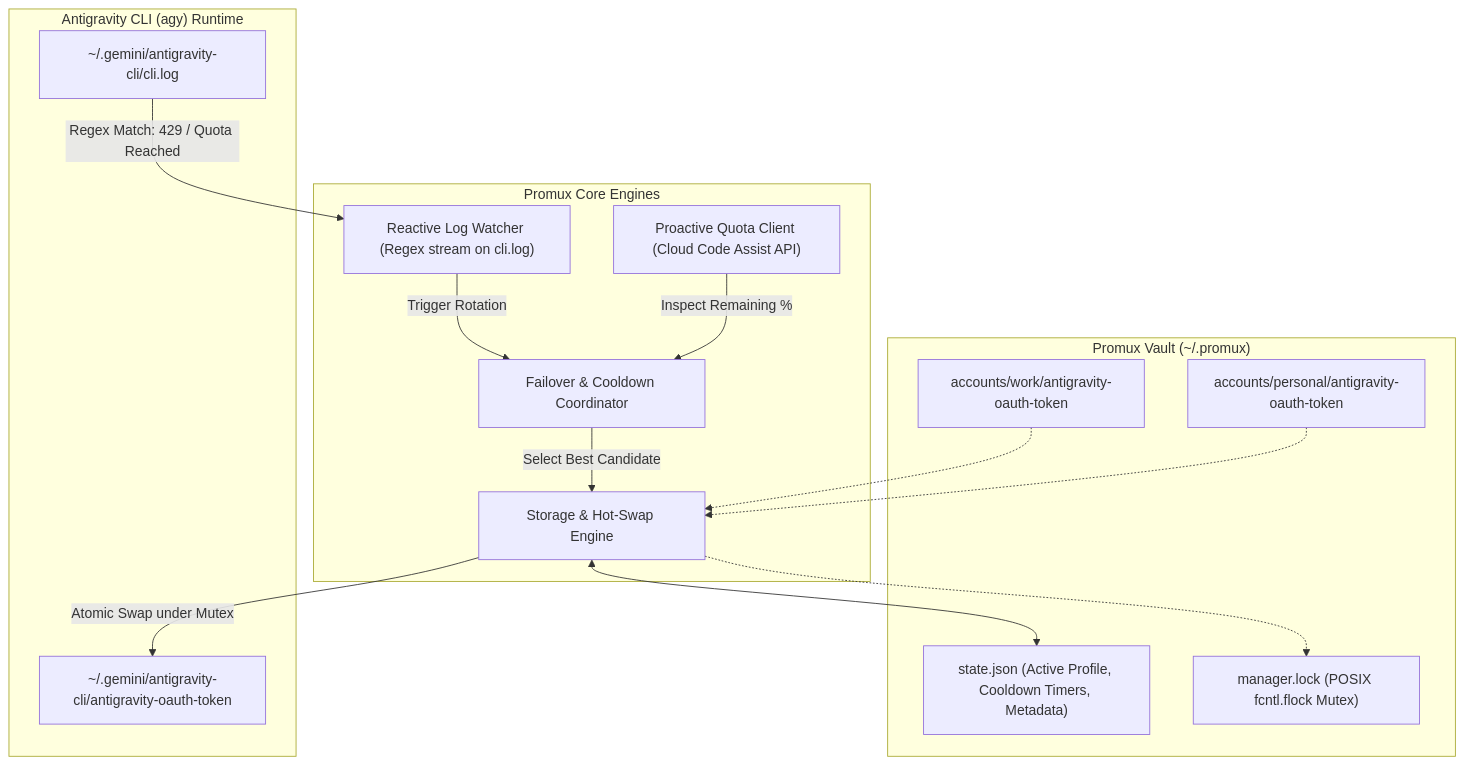
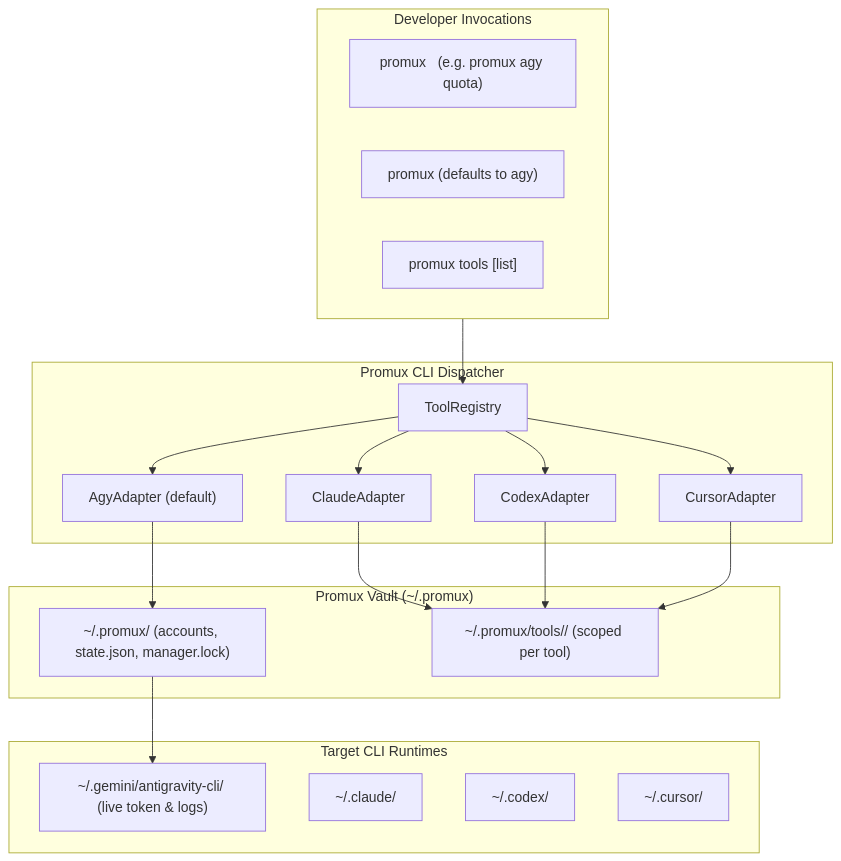
The first of 2 diagrams in SPEC.md (alirezaopmc/promux), drawn with Mermaid before and after one commit. The commit also changed other lines of this file and 4 other files, not shown here.

Commit message:
docs: document multi-tool CLI support and new quota reset format

````diff
--- a/SPEC.md
+++ b/SPEC.md
@@ -26,31 +34,41 @@
 ```mermaid
 flowchart TD
-    subgraph AntigravityCLI["Antigravity CLI (agy) Runtime"]
-        LiveToken["~/.gemini/antigravity-cli/antigravity-oauth-token"]
-        LiveLogs["~/.gemini/antigravity-cli/cli.log"]
+    subgraph ClientInvocation["Developer Invocations"]
+        ToolFirst["promux <tool> <command> (e.g. promux agy quota)"]
+        TopLevel["promux <command> (defaults to agy)"]
+        ToolsCmd["promux tools [list]"]
+    end
+
+    subgraph PromuxDispatcher["Promux CLI Dispatcher"]
+        Registry["ToolRegistry"]
+        AgyAdapter["AgyAdapter (default)"]
+        ClaudeAdapter["ClaudeAdapter"]
+        CodexAdapter["CodexAdapter"]
+        CursorAdapter["CursorAdapter"]
     end
 
     subgraph PromuxStorage["Promux Vault (~/.promux)"]
-        StateJSON["state.json (Active Profile, Cooldown Timers, Metadata)"]
-        LockFile["manager.lock (POSIX fcntl.flock Mutex)"]
-        Acc1["accounts/work/antigravity-oauth-token"]
-        Acc2["accounts/personal/antigravity-oauth-token"]
+        AgyVault["~/.promux/ (accounts, state.json, manager.lock)"]
+        ToolVaults["~/.promux/tools/<tool_name>/ (scoped per tool)"]
     end
 
-    subgraph PromuxCore["Promux Core Engines"]
-        ReactiveWatcher["Reactive Log Watcher (Regex stream on cli.log)"]
-        ProactiveQuota["Proactive Quota Client (Cloud Code Assist API)"]
-        FailoverEngine["Failover & Cooldown Coordinator"]
-        StorageEngine["Storage & Hot-Swap Engine"]
+    subgraph TargetRuntimes["Target CLI Runtimes"]
+        AgyRuntime["~/.gemini/antigravity-cli/ (live token & logs)"]
+        ClaudeRuntime["~/.claude/"]
+        CodexRuntime["~/.codex/"]
+        CursorRuntime["~/.cursor/"]
     end
 
-    LiveLogs -->|Regex Match: 429 / Quota Reached| ReactiveWatcher
-    ReactiveWatcher -->|Trigger Rotation| FailoverEngine
-    ProactiveQuota -->|Inspect Remaining %| FailoverEngine
-    FailoverEngine -->|Select Best Candidate| StorageEngine
-    StorageEngine -->|Atomic Swap under Mutex| LiveToken
-    StorageEngine <--> StateJSON
-    StorageEngine -.-> LockFile
-    Acc1 -.-> StorageEngine
-    Acc2 -.-> StorageEngine
+    ClientInvocation --> Registry
+    Registry --> AgyAdapter
+    Registry --> ClaudeAdapter
+    Registry --> CodexAdapter
+    Registry --> CursorAdapter
+
+    AgyAdapter --> AgyVault
+    ClaudeAdapter --> ToolVaults
+    CodexAdapter --> ToolVaults
+    CursorAdapter --> ToolVaults
+
+    AgyVault --> AgyRuntime
 ```
````
